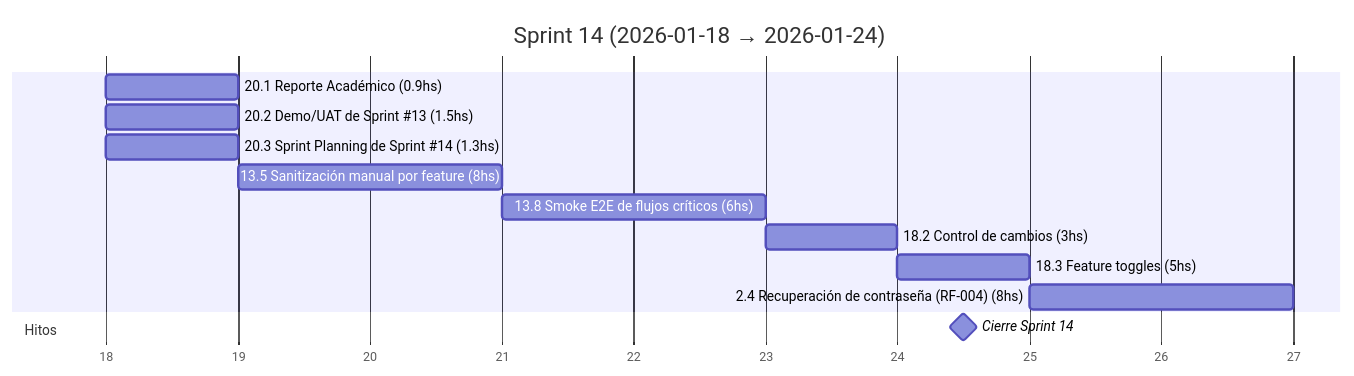
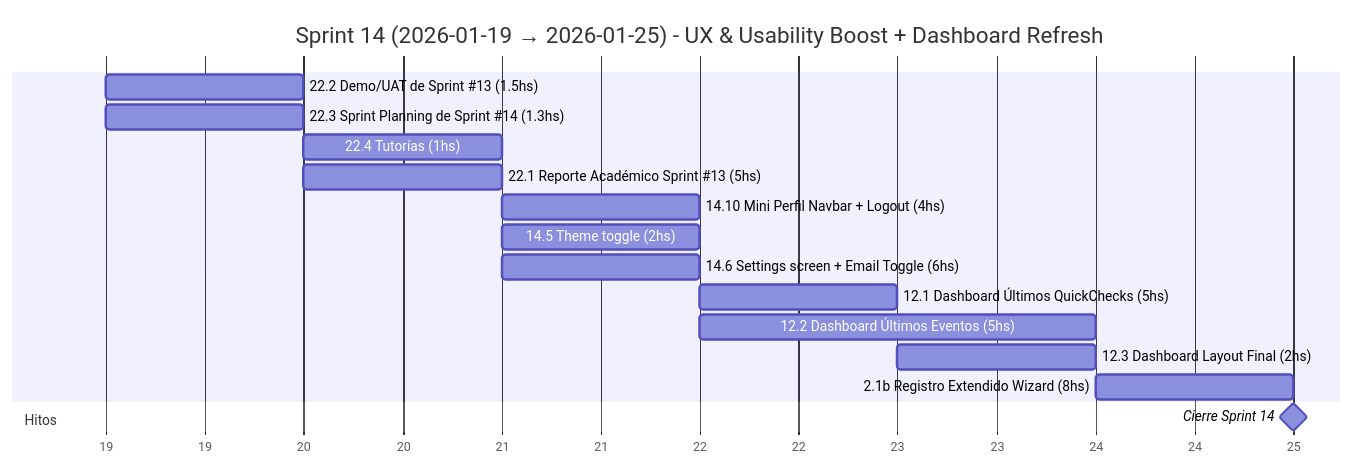
Diagram 15 of 19 in docs/SprintsGantts.md (MarkMed/FleetMan), drawn with Mermaid before and after one commit. The commit also changed other lines of this file and 2 other files, not shown here.

Commit message:
update tasks and need specifications for better tracking

````diff
--- a/docs/SprintsGantts.md
+++ b/docs/SprintsGantts.md
@@ -452,20 +452,26 @@
 ```mermaid
 gantt
-  title Sprint 14 (2026-01-18 → 2026-01-24)
+  title Sprint 14 (2026-01-19 → 2026-01-25) - UX & Usability Boost + Dashboard Refresh
   dateFormat  YYYY-MM-DD
   axisFormat  %d
 
   %% Asumimos 5 h/día. Horas estimadas incluidas en el nombre.
+  %% Orden según tabla: Overhead → UX/Nav/Settings → Dashboard → Registro → Reporte
 
-  20.1 Reporte Académico (0.9hs)               :t201, 2026-01-18, 1d
-  20.2 Demo/UAT de Sprint #13 (1.5hs)          :t202, 2026-01-18, 1d
-  20.3 Sprint Planning de Sprint #14 (1.3hs)      :t203, 2026-01-18, 1d
-  13.5 Sanitización manual por feature (8hs)   :t135, after t203, 2d
-  13.8 Smoke E2E de flujos críticos (6hs)      :t138, after t135, 2d
-  18.2 Control de cambios (3hs)                :t182, after t138, 1d
-  18.3 Feature toggles (5hs)                   :t183, after t182, 1d
-  2.4 Recuperación de contraseña (RF-004) (8hs) :t24, after t183, 2d
+  22.2 Demo/UAT de Sprint #13 (1.5hs)          :t222, 2026-01-19, 1d
+  22.3 Sprint Planning de Sprint #14 (1.3hs)   :t223, 2026-01-19, 1d
+  22.4 Tutorías (1hs)                          :t224, 2026-01-20, 1d
+  22.1 Reporte Académico Sprint #13 (5hs)      :t221, 2026-01-20, 1d
+
+  14.10 Mini Perfil Navbar + Logout (4hs)      :t1410, 2026-01-21, 1d
+  14.5 Theme toggle (2hs)                      :t145, 2026-01-21, 1d
+  14.6 Settings screen + Email Toggle (6hs)    :t146, 2026-01-21, 1d
+
+  12.1 Dashboard Últimos QuickChecks (5hs)     :t121, 2026-01-22, 1d
+  12.2 Dashboard Últimos Eventos (5hs)         :t122, 2026-01-22, 2d
+  12.3 Dashboard Layout Final (2hs)            :t123, 2026-01-23, 1d
+  2.1b Registro Extendido Wizard (8hs)         :t21b, 2026-01-24, 1d
 
   section Hitos
-  Cierre Sprint 14                             :milestone, s14, 2026-01-24, 1d
+  Cierre Sprint 14                             :milestone, s14, 2026-01-25, 0d
 ```
````
